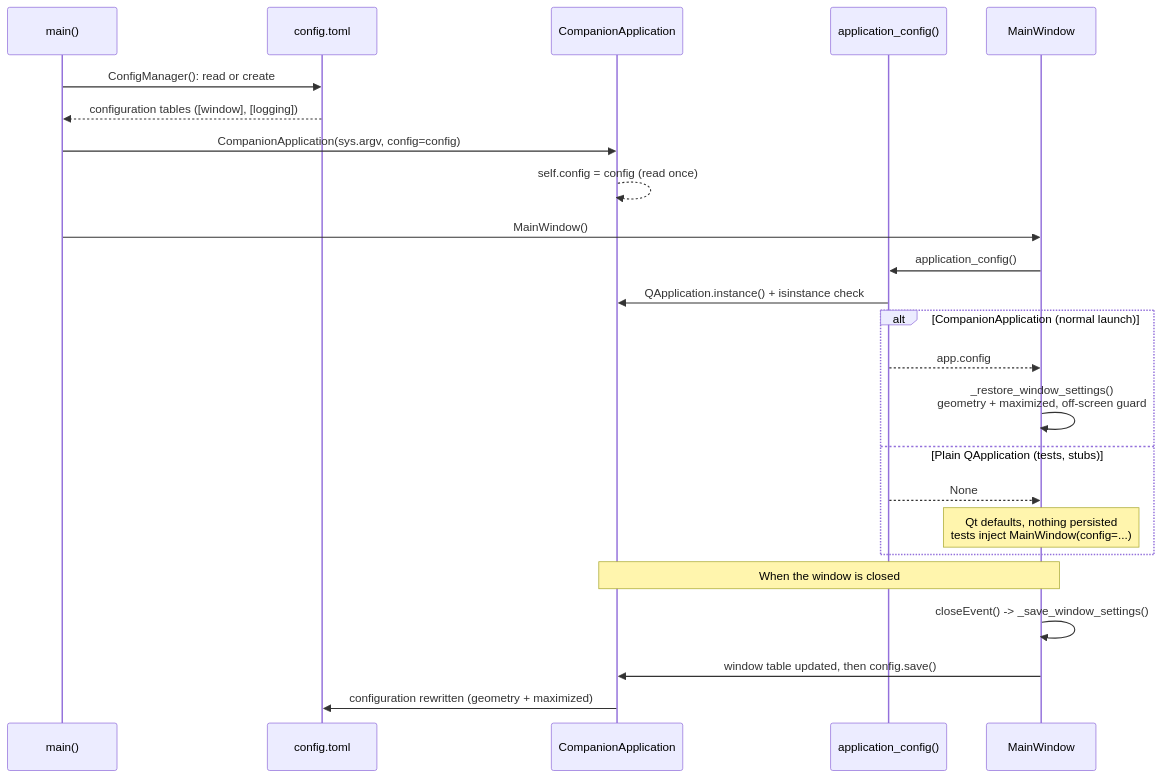
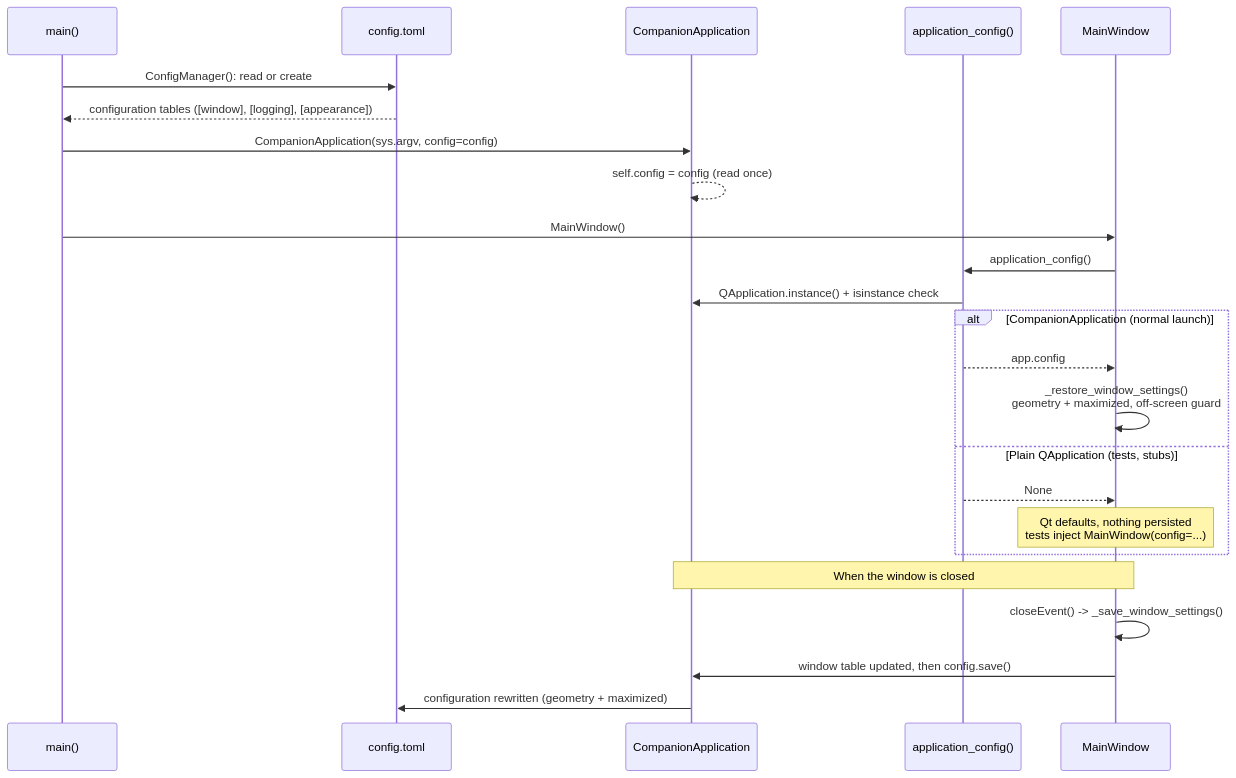
One commit to ultra-sonic-28/companion4soloplayer changed the second of 2 diagrams in docs/companion4soloplayer/app/application.md. Above: the diagram before and after it, drawn with Mermaid. The commit also changed 6 other files, not shown here.

````diff
--- a/docs/companion4soloplayer/app/application.md
+++ b/docs/companion4soloplayer/app/application.md
@@ -50,29 +50,29 @@
 ```mermaid
 sequenceDiagram
     participant M as main()
     participant F as config.toml
     participant A as CompanionApplication
     participant AC as application_config()
     participant W as MainWindow
 
     M->>F: ConfigManager(): read or create
-    F-->>M: configuration tables ([window], [logging])
+    F-->>M: configuration tables ([window], [logging], [appearance])
     M->>A: CompanionApplication(sys.argv, config=config)
     A-->>A: self.config = config (read once)
 
     M->>W: MainWindow()
     W->>AC: application_config()
     AC->>A: QApplication.instance() + isinstance check
     alt CompanionApplication (normal launch)
         AC-->>W: app.config
         W->>W: _restore_window_settings()<br/>geometry + maximized, off-screen guard
     else Plain QApplication (tests, stubs)
         AC-->>W: None
         Note over W: Qt defaults, nothing persisted<br/>tests inject MainWindow(config=...)
     end
 
     Note over W,A: When the window is closed
     W->>W: closeEvent() -> _save_window_settings()
     W->>A: window table updated, then config.save()
     A->>F: configuration rewritten (geometry + maximized)
 ```
````
